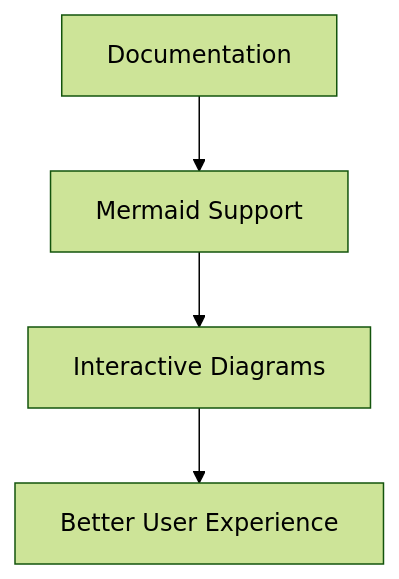
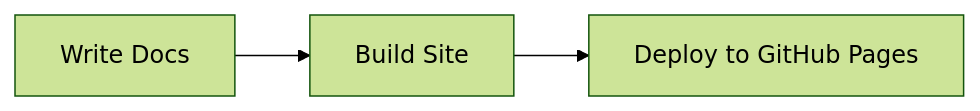
The diagram in docs/README.md (sducournau/IGN_LIDAR_HD_DATASET), drawn with Mermaid (forest theme) before and after one commit. The commit also changed other lines of this file and 4 other files, not shown here.

````diff
--- a/docs/README.md
+++ b/docs/README.md
@@ -57,6 +57,5 @@
 ```mermaid
-graph TD
-    A[Documentation] --> B[Mermaid Support]
-    B --> C[Interactive Diagrams]
-    C --> D[Better User Experience]
+graph LR
+    A[Write Docs] --> B[Build Site]
+    B --> C[Deploy to GitHub Pages]
 ```
````
